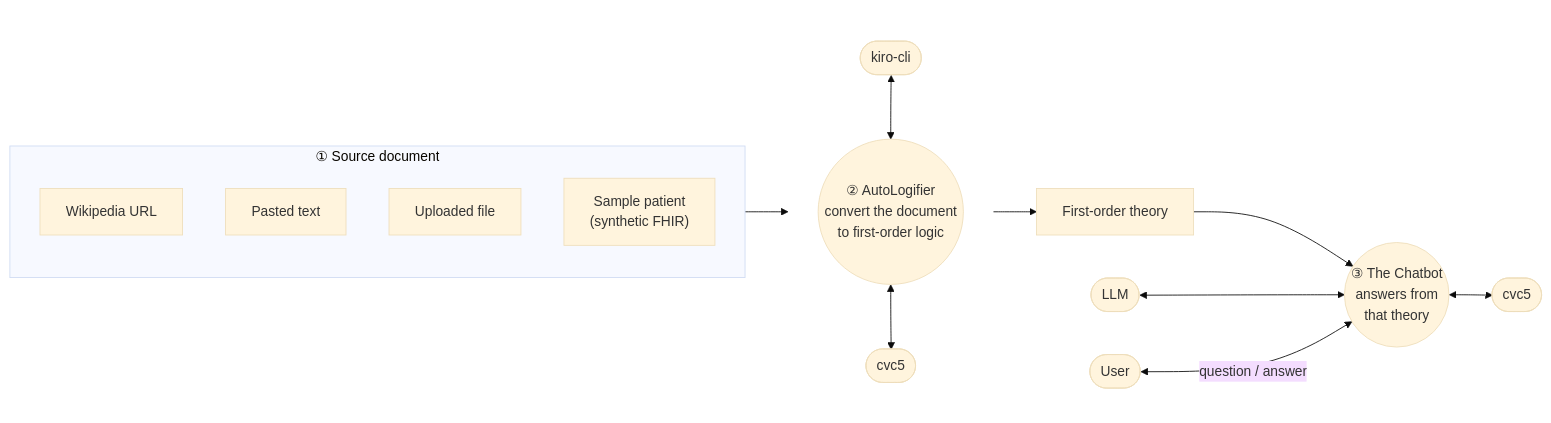
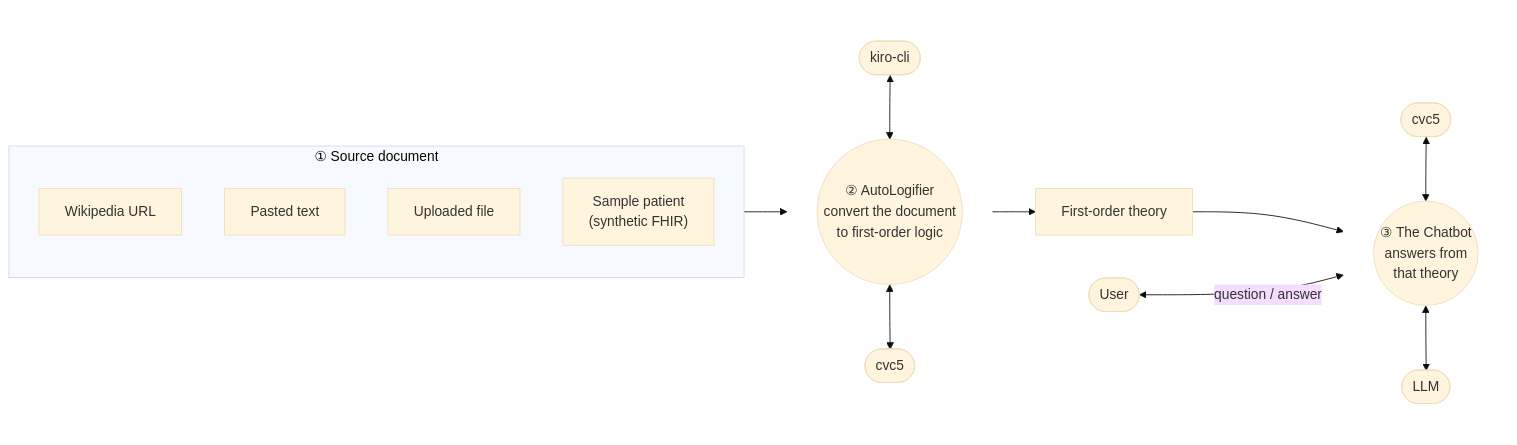
Before and after one commit to aws-samples/sample-provably-correct-chatbot-using-first-order-logic: the second of 3 diagrams in README.md, drawn with Mermaid (base theme).

Commit message:
docs(readme): Appendix B centres the Chatbot, with cvc5 above and the LLM below

````diff
--- a/README.md
+++ b/README.md
@@ -326,35 +326,41 @@
 ```mermaid
 flowchart LR
     subgraph s1["① Source document"]
         direction TB
         wiki["Wikipedia URL"]
         paste["Pasted text"]
         upload["Uploaded file"]
         fhir["Sample patient<br/>(synthetic FHIR)"]
     end
 
-    %% kiro-cli above and cvc5 below the AutoLogifier: they sit in a top-to-
-    %% bottom subgraph. Edges from outside link to the subgraph, not to the
-    %% AutoLogifier node, or Mermaid would ignore the subgraph's direction.
+    %% kiro-cli above and cvc5 below the AutoLogifier, and cvc5 above and
+    %% the LLM below the Chatbot: each trio sits in a top-to-bottom subgraph,
+    %% which keeps its middle node level with the First-order theory. Edges
+    %% from outside link to the subgraph, not to the node inside it, or
+    %% Mermaid would ignore the subgraph's direction.
     subgraph s2[" "]
         direction TB
         kiro(["kiro-cli"])
         auto(("② AutoLogifier<br/>convert the document<br/>to first-order logic"))
         cvc5a(["cvc5"])
         kiro <--> auto
         auto <--> cvc5a
     end
     theory["First-order theory"]
 
-    llm(["LLM"])
-    cvc5b(["cvc5"])
-    bot(("③ The Chatbot<br/>answers from<br/>that theory"))
+    subgraph s3[" "]
+        direction TB
+        cvc5b(["cvc5"])
+        bot(("③ The Chatbot<br/>answers from<br/>that theory"))
+        llm(["LLM"])
+        cvc5b <--> bot
+        bot <--> llm
+    end
     user(["User"])
 
     s1 --> s2
-    s2 --> theory --> bot
-    llm <--> bot
-    bot <--> cvc5b
-    user <-- "question / answer" --> bot
+    s2 --> theory --> s3
+    user <-- "question / answer" --> s3
     style s2 fill:none,stroke:none
+    style s3 fill:none,stroke:none
 ```
````
